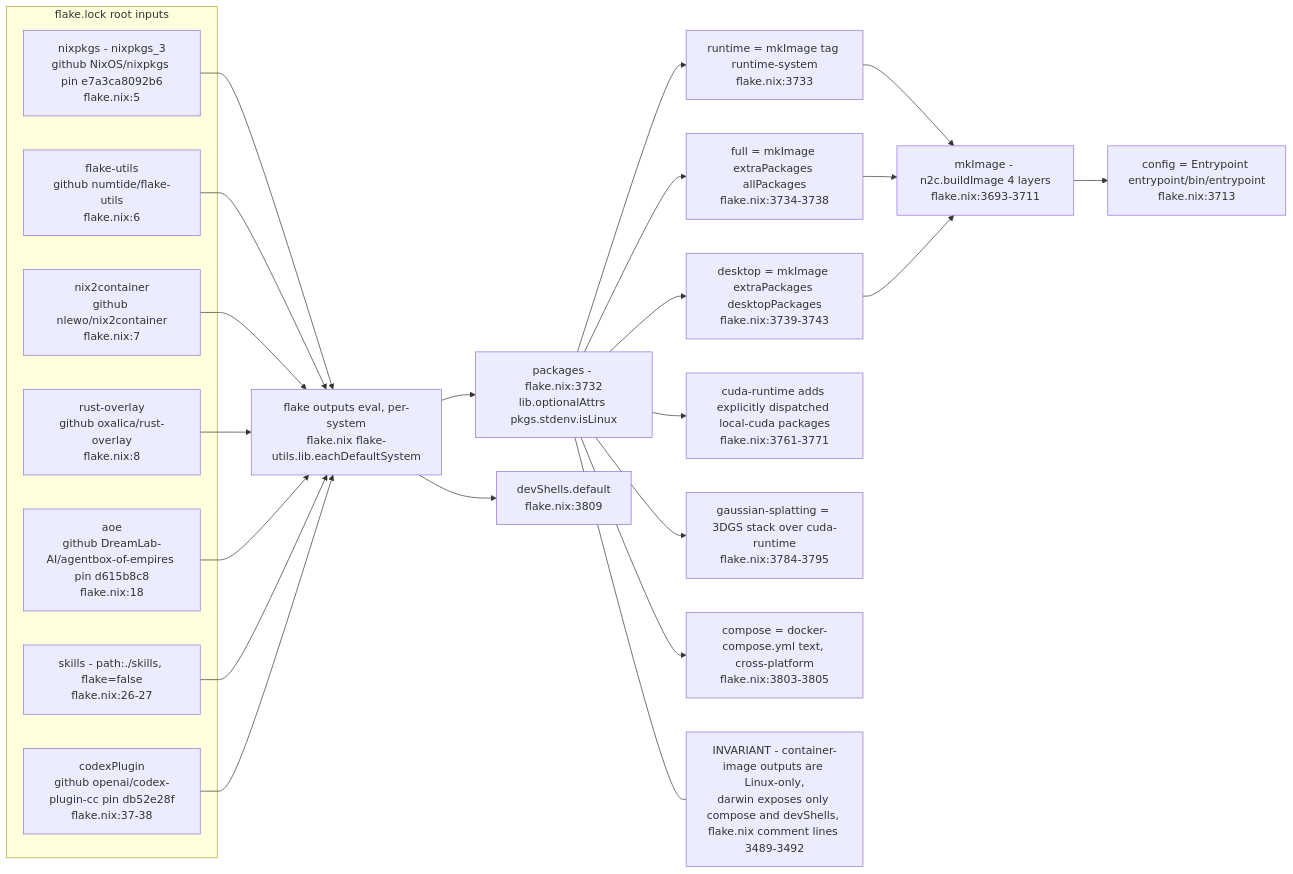
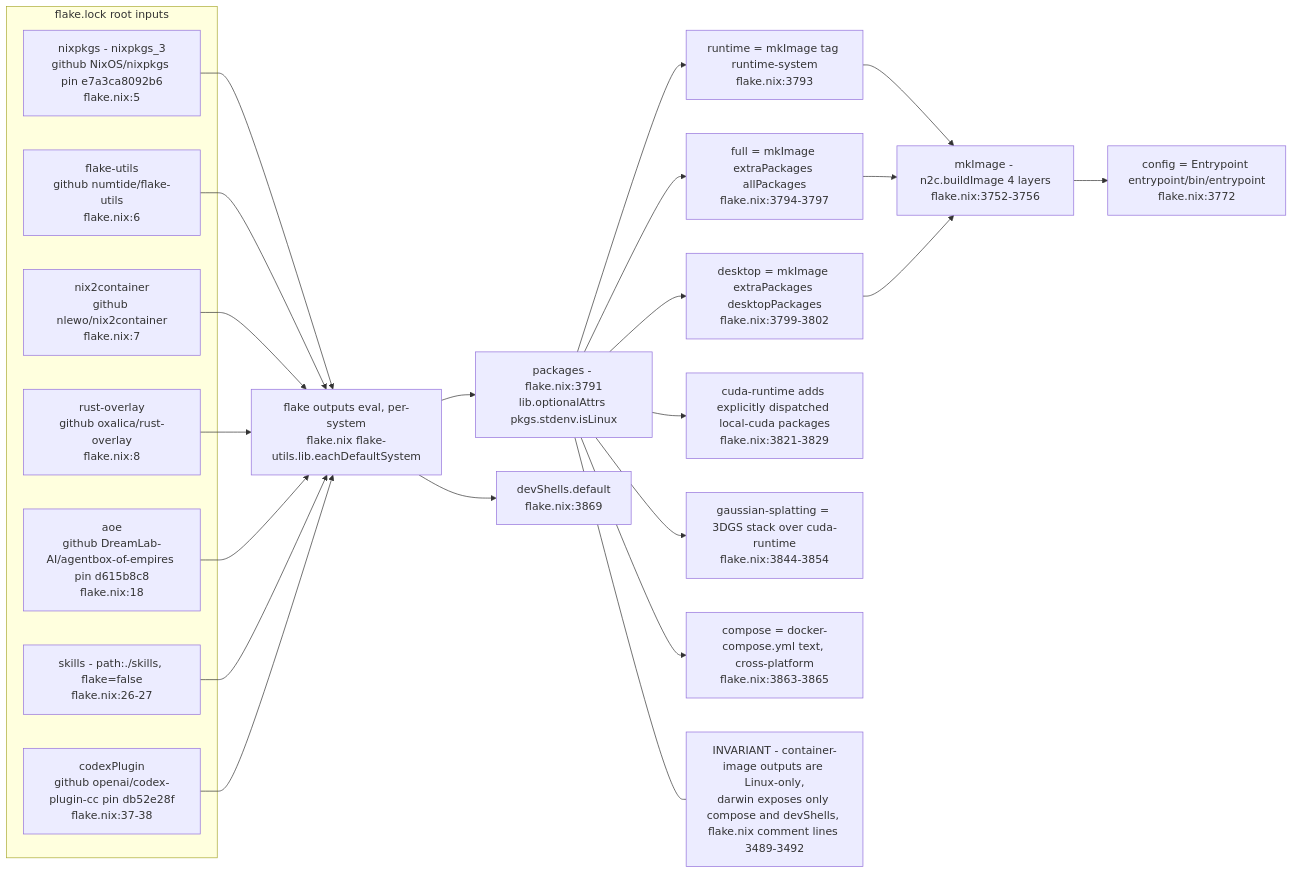
One commit to DreamLab-AI/VisionFlow changed the ninth of 11 diagrams in docs/diagrams/agentbox/01-nix-flake-composition.md. Above: the diagram before and after it, drawn with Mermaid. The commit also changed other lines of this file and 28 other files, not shown here.

````diff
--- a/docs/diagrams/agentbox/01-nix-flake-composition.md
+++ b/docs/diagrams/agentbox/01-nix-flake-composition.md
@@ -361,39 +363,39 @@
 ```mermaid
 flowchart LR
     subgraph INPUTS["flake.lock root inputs"]
         NIXPKGS["nixpkgs - nixpkgs_3<br/>github NixOS/nixpkgs pin e7a3ca8092b6<br/>flake.nix:5"]
         FU["flake-utils<br/>github numtide/flake-utils<br/>flake.nix:6"]
         N2C["nix2container<br/>github nlewo/nix2container<br/>flake.nix:7"]
         RO["rust-overlay<br/>github oxalica/rust-overlay<br/>flake.nix:8"]
         AOE["aoe<br/>github DreamLab-AI/agentbox-of-empires pin d615b8c8<br/>flake.nix:18"]
         SKILLS["skills - path:./skills, flake=false<br/>flake.nix:26-27"]
         CODEX["codexPlugin<br/>github openai/codex-plugin-cc pin db52e28f<br/>flake.nix:37-38"]
     end
 
     NIXPKGS --> EVAL["flake outputs eval, per-system<br/>flake.nix flake-utils.lib.eachDefaultSystem"]
     FU --> EVAL
     N2C --> EVAL
     RO --> EVAL
     AOE --> EVAL
     SKILLS --> EVAL
     CODEX --> EVAL
 
-    EVAL --> PACKAGES["packages - flake.nix:3732<br/>lib.optionalAttrs pkgs.stdenv.isLinux"]
-    EVAL --> DEVSHELL["devShells.default<br/>flake.nix:3809"]
+    EVAL --> PACKAGES["packages - flake.nix:3791<br/>lib.optionalAttrs pkgs.stdenv.isLinux"]
+    EVAL --> DEVSHELL["devShells.default<br/>flake.nix:3869"]
 
-    PACKAGES --> RUNTIME["runtime = mkImage tag runtime-system<br/>flake.nix:3733"]
-    PACKAGES --> FULL["full = mkImage extraPackages allPackages<br/>flake.nix:3734-3738"]
-    PACKAGES --> DESKTOP["desktop = mkImage extraPackages desktopPackages<br/>flake.nix:3739-3743"]
-    PACKAGES --> CUDART["cuda-runtime adds explicitly dispatched local-cuda packages<br/>flake.nix:3761-3771"]
-    PACKAGES --> GSPLAT["gaussian-splatting = 3DGS stack over cuda-runtime<br/>flake.nix:3784-3795"]
-    PACKAGES --> COMPOSE["compose = docker-compose.yml text, cross-platform<br/>flake.nix:3803-3805"]
+    PACKAGES --> RUNTIME["runtime = mkImage tag runtime-system<br/>flake.nix:3793"]
+    PACKAGES --> FULL["full = mkImage extraPackages allPackages<br/>flake.nix:3794-3797"]
+    PACKAGES --> DESKTOP["desktop = mkImage extraPackages desktopPackages<br/>flake.nix:3799-3802"]
+    PACKAGES --> CUDART["cuda-runtime adds explicitly dispatched local-cuda packages<br/>flake.nix:3821-3829"]
+    PACKAGES --> GSPLAT["gaussian-splatting = 3DGS stack over cuda-runtime<br/>flake.nix:3844-3854"]
+    PACKAGES --> COMPOSE["compose = docker-compose.yml text, cross-platform<br/>flake.nix:3863-3865"]
 
-    RUNTIME --> MKIMG["mkImage - n2c.buildImage 4 layers<br/>flake.nix:3693-3711"]
+    RUNTIME --> MKIMG["mkImage - n2c.buildImage 4 layers<br/>flake.nix:3752-3756"]
     FULL --> MKIMG
     DESKTOP --> MKIMG
 
-    MKIMG --> ENTRYPOINT["config = Entrypoint entrypoint/bin/entrypoint<br/>flake.nix:3713"]
+    MKIMG --> ENTRYPOINT["config = Entrypoint entrypoint/bin/entrypoint<br/>flake.nix:3772"]
 
     NOTE1["INVARIANT - container-image outputs are Linux-only,<br/>darwin exposes only compose and devShells, flake.nix comment lines 3489-3492"]
     PACKAGES --- NOTE1
 ```
````
